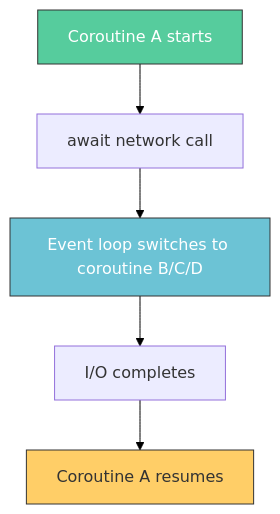
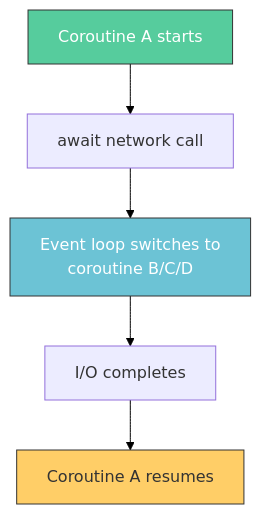
The first of 3 diagrams in posts/swe-interview/Python-SWE-Interview-QA-5.qmd (tanquangduong/tanquangduong.github.io), drawn with Mermaid before and after one commit. The commit also changed other lines of this file and 228 other files, not shown here.

````diff
--- a/posts/swe-interview/Python-SWE-Interview-QA-5.qmd
+++ b/posts/swe-interview/Python-SWE-Interview-QA-5.qmd
@@ -34,12 +34,12 @@
 ```{mermaid}
 graph TD
     linkStyle default stroke:#000,color:#000
     A["Coroutine A starts"] --> B["await network call"]
-    B --> C["Event loop switches to coroutine B/C/D"]
+    B --> C["Event loop switches to<br/>coroutine B/C/D"]
     C --> D["I/O completes"]
     D --> E["Coroutine A resumes"]
 
     style A fill:#56cc9d,stroke:#333,color:#fff
     style C fill:#6cc3d5,stroke:#333,color:#fff
     style E fill:#ffce67,stroke:#333
 ```
````
